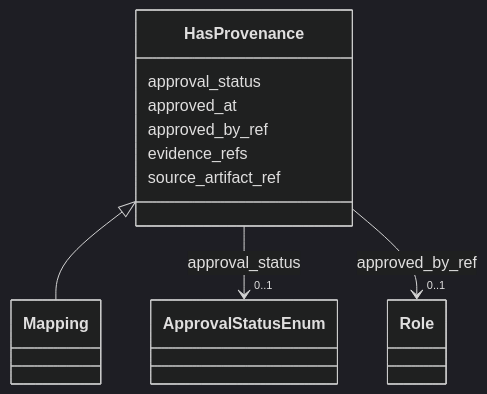
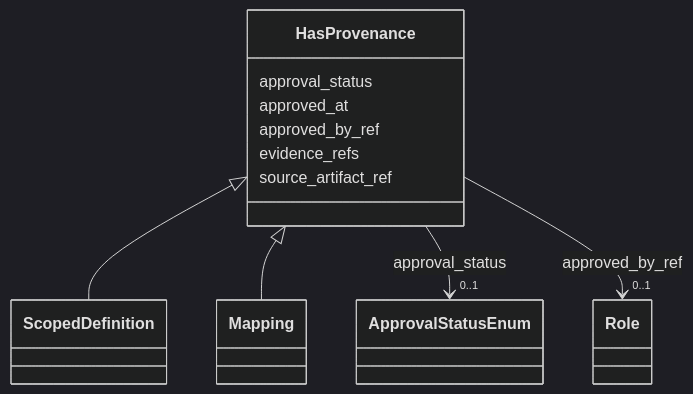
Before and after one commit to oista/moex-data-model: the diagram in generated/artifacts/moex-dams/0.1/diagrams/HasProvenance.md, drawn with Mermaid (dark theme). The commit also changed 40 other files, not shown here.

First line of the commit message:
Add HasDefinition mixin and ScopedDefinition table to enhance definition handling

````diff
--- a/generated/artifacts/moex-dams/0.1/diagrams/HasProvenance.md
+++ b/generated/artifacts/moex-dams/0.1/diagrams/HasProvenance.md
@@ -4,37 +4,39 @@
 ```mermaid
  classDiagram
     class HasProvenance
     click HasProvenance href "../HasProvenance"
+      HasProvenance <|-- ScopedDefinition
+        click ScopedDefinition href "../ScopedDefinition"
       HasProvenance <|-- Mapping
         click Mapping href "../Mapping"
       
       HasProvenance : approval_status
         
           
     
         
         
         HasProvenance --> "0..1" ApprovalStatusEnum : approval_status
         click ApprovalStatusEnum href "../ApprovalStatusEnum"
     
 
         
       HasProvenance : approved_at
         
       HasProvenance : approved_by_ref
         
           
     
         
         
         HasProvenance --> "0..1" Role : approved_by_ref
         click Role href "../Role"
     
 
         
       HasProvenance : evidence_refs
         
       HasProvenance : source_artifact_ref
         
       
 ```
````
